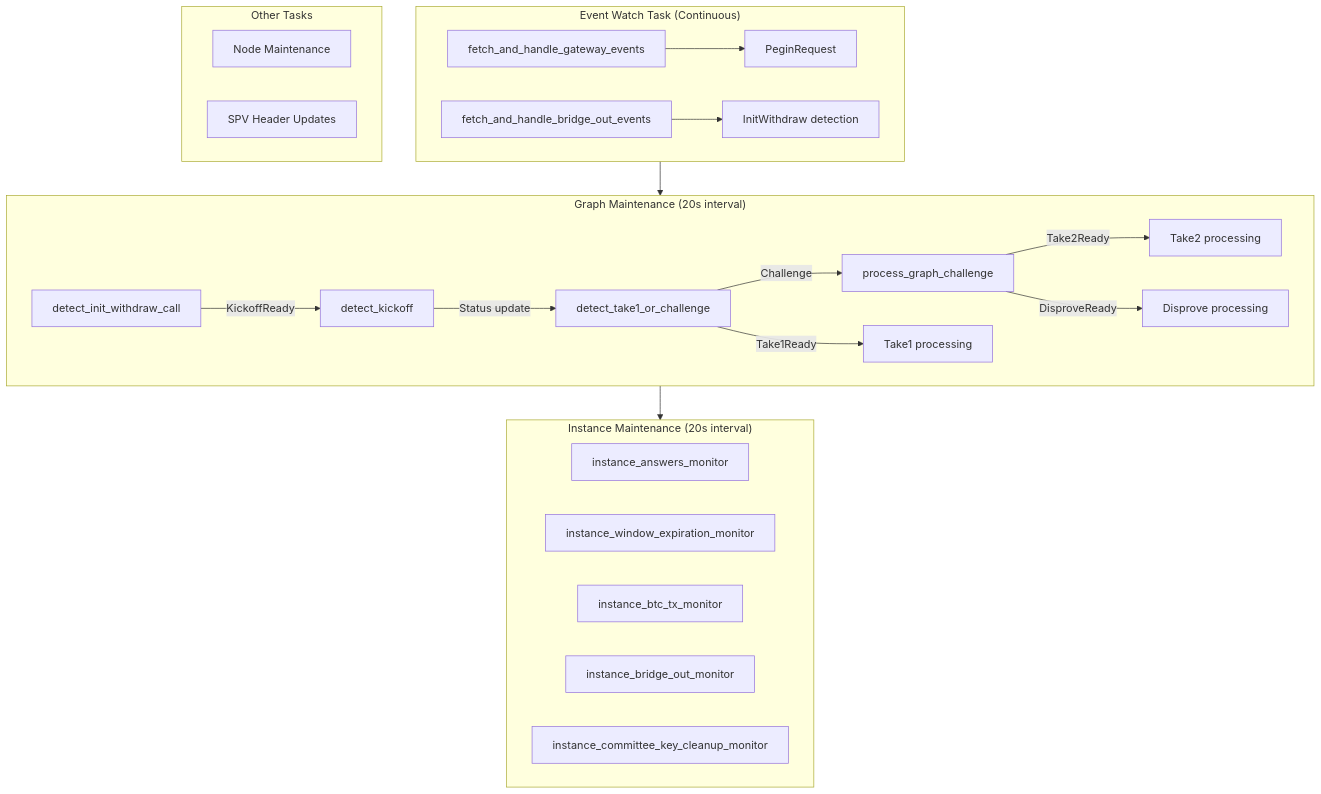
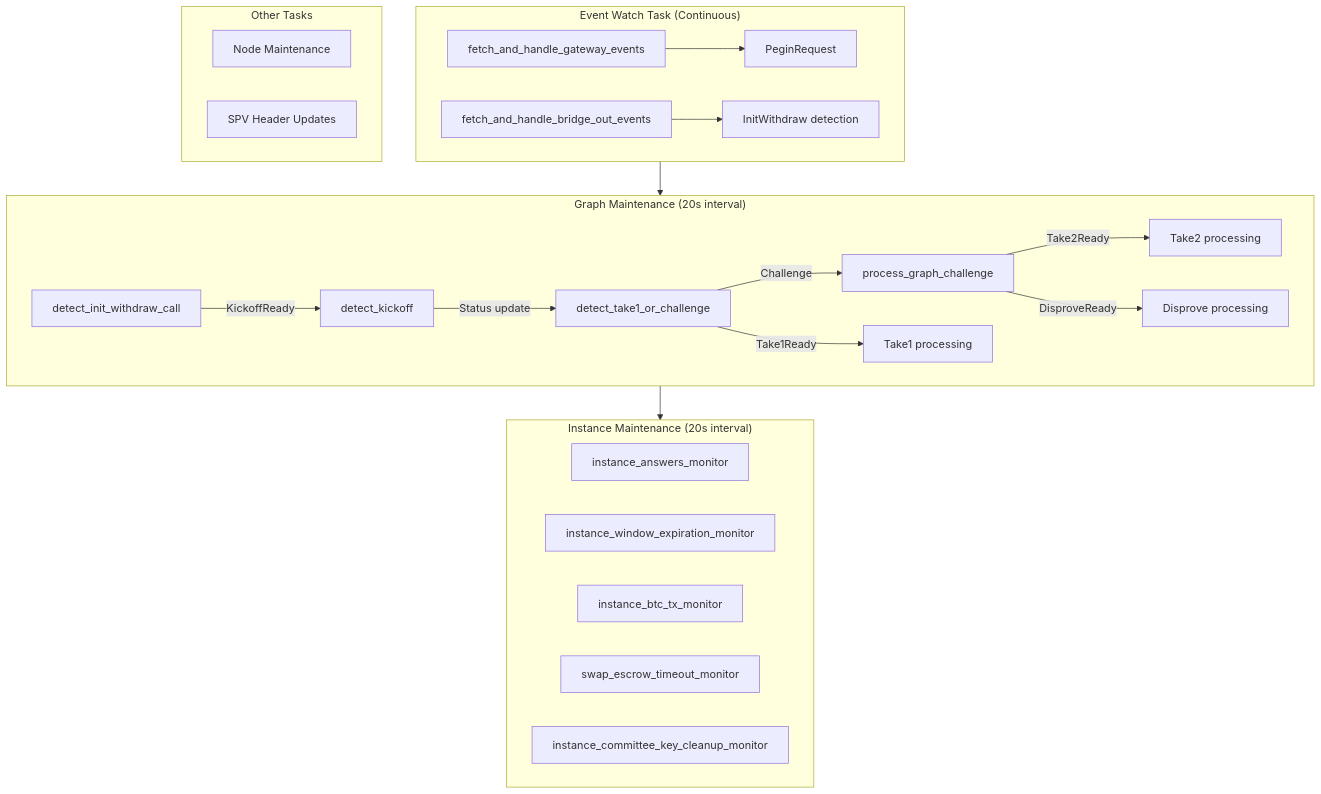
Before and after one commit to KSlashh/bitvm2-node: diagram 13 of 13 in node/README.md, drawn with Mermaid. The commit also changed other lines of this file and 48 other files, not shown here.

````diff
--- a/node/README.md
+++ b/node/README.md
@@ -683,39 +683,39 @@
 ```mermaid
 flowchart TB
     subgraph EventWatch["Event Watch Task (Continuous)"]
         EW1["fetch_and_handle_gateway_events"]
         EW2["fetch_and_handle_bridge_out_events"]
         EW1 --> MSG1["PeginRequest"]
         EW2 --> MSG2["InitWithdraw detection"]
     end
 
     subgraph GraphMaint["Graph Maintenance (20s interval)"]
         GM1["detect_init_withdraw_call"]
         GM2["detect_kickoff"]
         GM3["detect_take1_or_challenge"]
         GM4["process_graph_challenge"]
 
         GM1 -->|"KickoffReady"| GM2
         GM2 -->|"Status update"| GM3
         GM3 -->|"Challenge"| GM4
         GM3 -->|"Take1Ready"| T1["Take1 processing"]
         GM4 -->|"Take2Ready"| T2["Take2 processing"]
         GM4 -->|"DisproveReady"| DP["Disprove processing"]
     end
 
     subgraph InstMaint["Instance Maintenance (20s interval)"]
         IM1["instance_answers_monitor"]
         IM2["instance_window_expiration_monitor"]
         IM3["instance_btc_tx_monitor"]
-        IM4["instance_bridge_out_monitor"]
+        IM4["swap_escrow_timeout_monitor"]
         IM5["instance_committee_key_cleanup_monitor"]
     end
 
     subgraph Other["Other Tasks"]
         NM["Node Maintenance"]
         SPV["SPV Header Updates"]
     end
 
     EventWatch --> GraphMaint
     GraphMaint --> InstMaint
 ```
````
